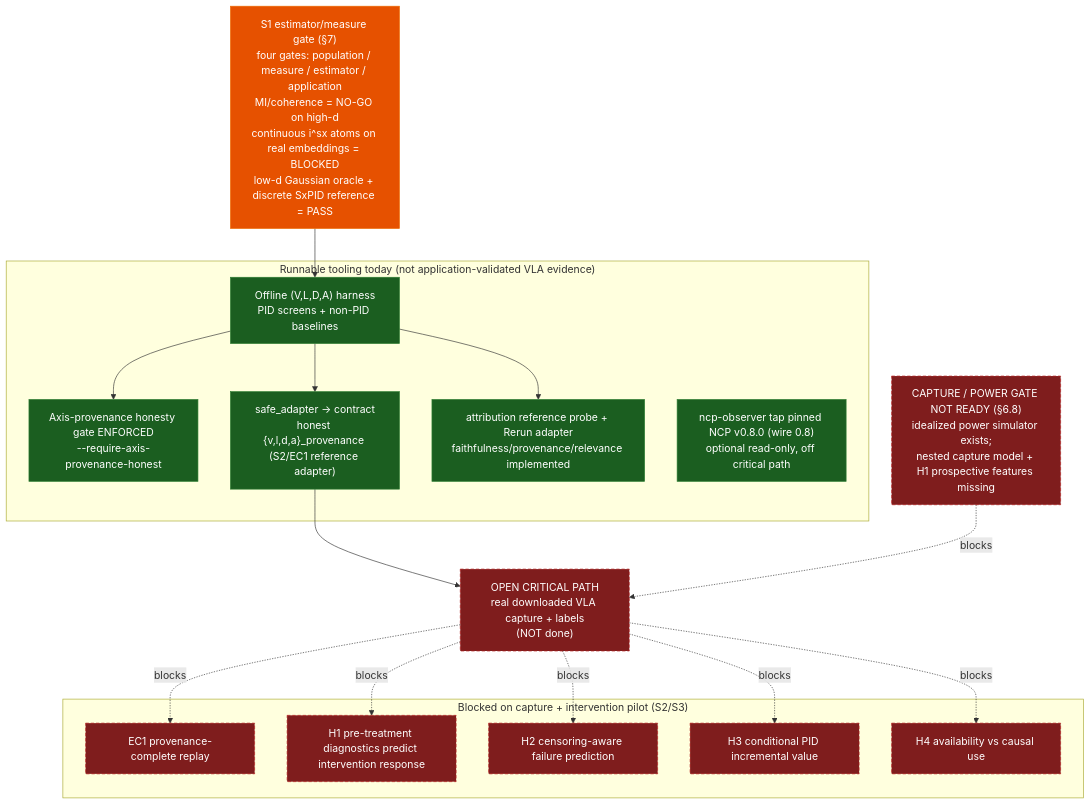
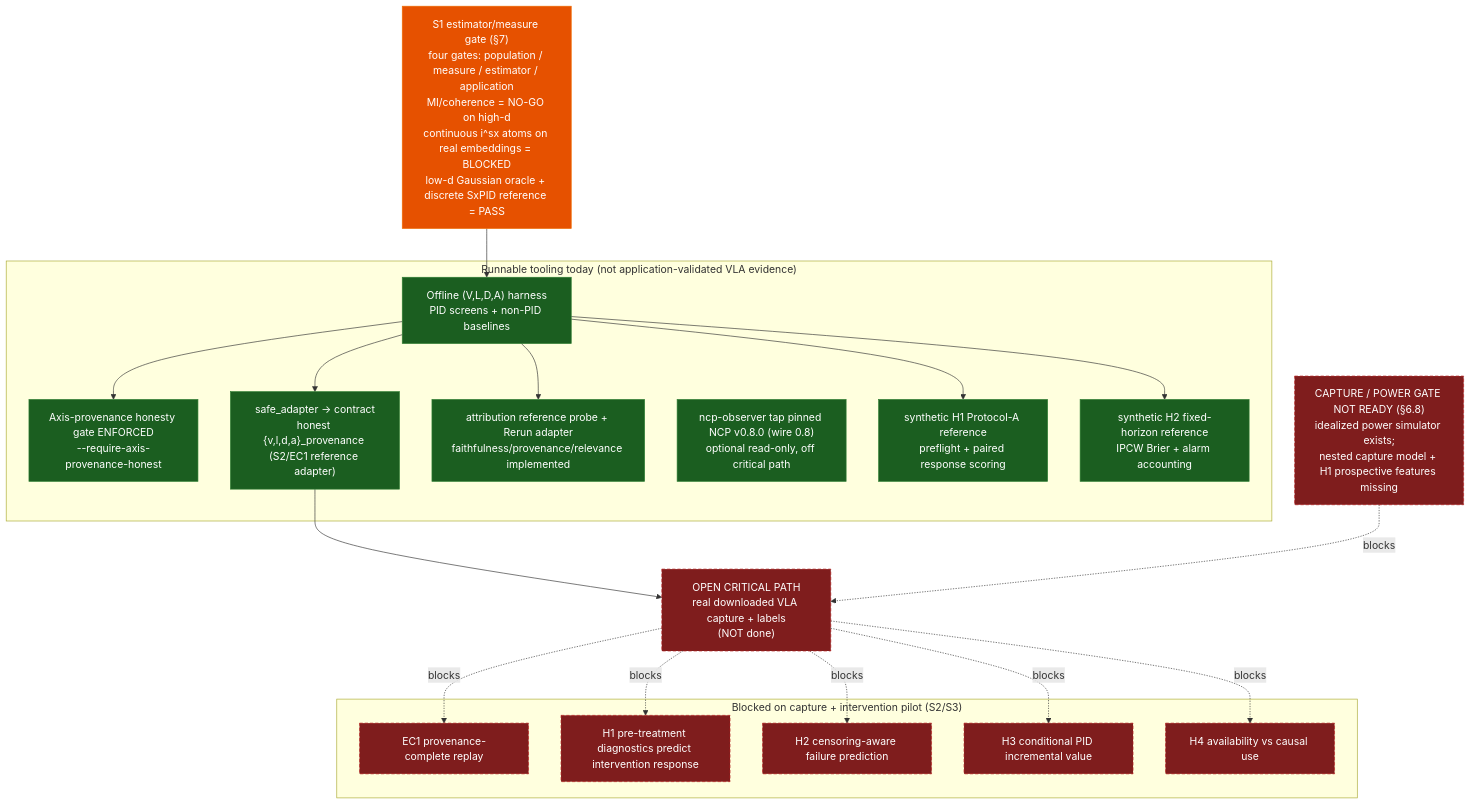
Before and after one commit to sepahead/prisoma: the first of 18 diagrams in DIAGRAMS.md, drawn with Mermaid. The commit also changed other lines of this file and 23 other files, not shown here.

Commit message:
feat(protocol): add deterministic H2 reference

````diff
--- a/DIAGRAMS.md
+++ b/DIAGRAMS.md
@@ -24,35 +24,38 @@
 ```mermaid
 flowchart TD
     classDef run fill:#1b5e20,stroke:#2e7d32,color:#fff;
     classDef gate fill:#e65100,stroke:#ef6c00,color:#fff;
     classDef blocked fill:#7f1d1d,stroke:#b71c1c,color:#fff,stroke-dasharray:5 3;
 
     S1["S1 estimator/measure gate (§7)<br/>four gates: population / measure / estimator / application<br/>MI/coherence = NO-GO on high-d<br/>continuous i^sx atoms on real embeddings = BLOCKED<br/>low-d Gaussian oracle + discrete SxPID reference = PASS"]:::gate
 
     subgraph Today["Runnable tooling today (not application-validated VLA evidence)"]
         Harness["Offline (V,L,D,A) harness<br/>PID screens + non-PID baselines"]:::run
         ProvGate["Axis-provenance honesty gate ENFORCED<br/>--require-axis-provenance-honest"]:::run
         Adapter["safe_adapter → contract<br/>honest {v,l,d,a}_provenance (S2/EC1 reference adapter)"]:::run
         Attr["attribution reference probe + Rerun adapter<br/>faithfulness/provenance/relevance implemented"]:::run
         Obs["ncp-observer tap pinned NCP v0.8.0 (wire 0.8)<br/>optional read-only, off critical path"]:::run
+        H1Ref["synthetic H1 Protocol-A reference<br/>preflight + paired response scoring"]:::run
+        H2Ref["synthetic H2 fixed-horizon reference<br/>IPCW Brier + alarm accounting"]:::run
     end
 
     Power["CAPTURE / POWER GATE NOT READY (§6.8)<br/>idealized power simulator exists;<br/>nested capture model + H1 prospective features missing"]:::blocked
     Capture["OPEN CRITICAL PATH<br/>real downloaded VLA capture + labels<br/>(NOT done)"]:::blocked
 
     subgraph Blocked["Blocked on capture + intervention pilot (S2/S3)"]
         EC1["EC1 provenance-complete replay"]:::blocked
         H1["H1 pre-treatment diagnostics predict intervention response"]:::blocked
         H2["H2 censoring-aware failure prediction"]:::blocked
         H3["H3 conditional PID incremental value"]:::blocked
         H4["H4 availability vs causal use"]:::blocked
     end
 
     S1 --> Harness
     Harness --> ProvGate
     Harness --> Adapter
     Harness --> Attr
+    Harness --> H1Ref & H2Ref
     Adapter --> Capture
     Power -. blocks .-> Capture
     Capture -. blocks .-> EC1 & H1 & H2 & H3 & H4
 ```
````
